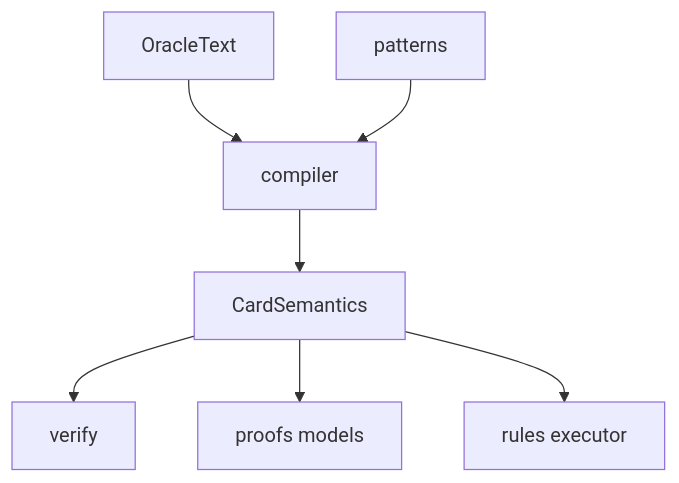
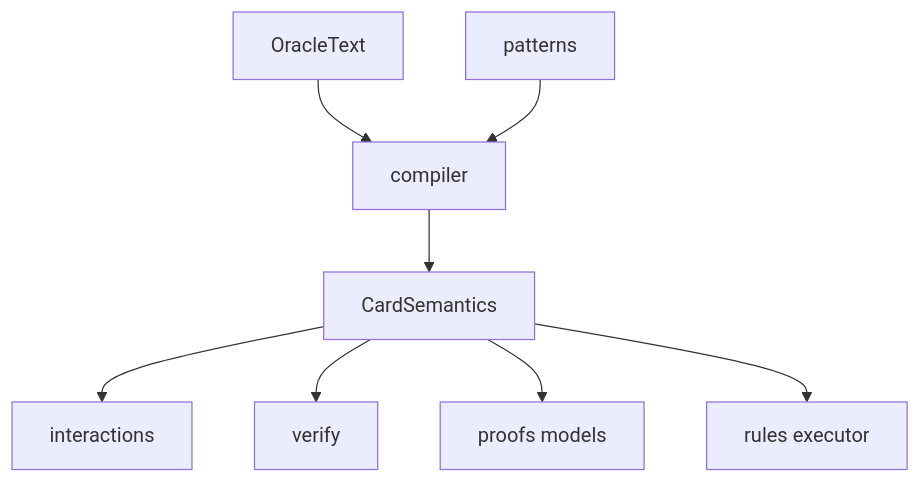
One commit to witzbeck/mtg-loop-engine changed the diagram in src/mtg_loop_engine/semantics/README.md. Above: the diagram before and after it, drawn with Mermaid. The commit also changed 7 other files, not shown here.

````diff
--- a/src/mtg_loop_engine/semantics/README.md
+++ b/src/mtg_loop_engine/semantics/README.md
@@ -9,9 +9,10 @@
 ```mermaid
 graph TB;
   oracleText[OracleText] --> compiler[compiler];
   patterns[patterns] --> compiler;
   compiler --> ir[CardSemantics];
+  ir --> interactions[interactions];
   ir --> verify[verify];
   ir --> proofs[proofs models];
   ir --> rules[rules executor];
 ```
````
